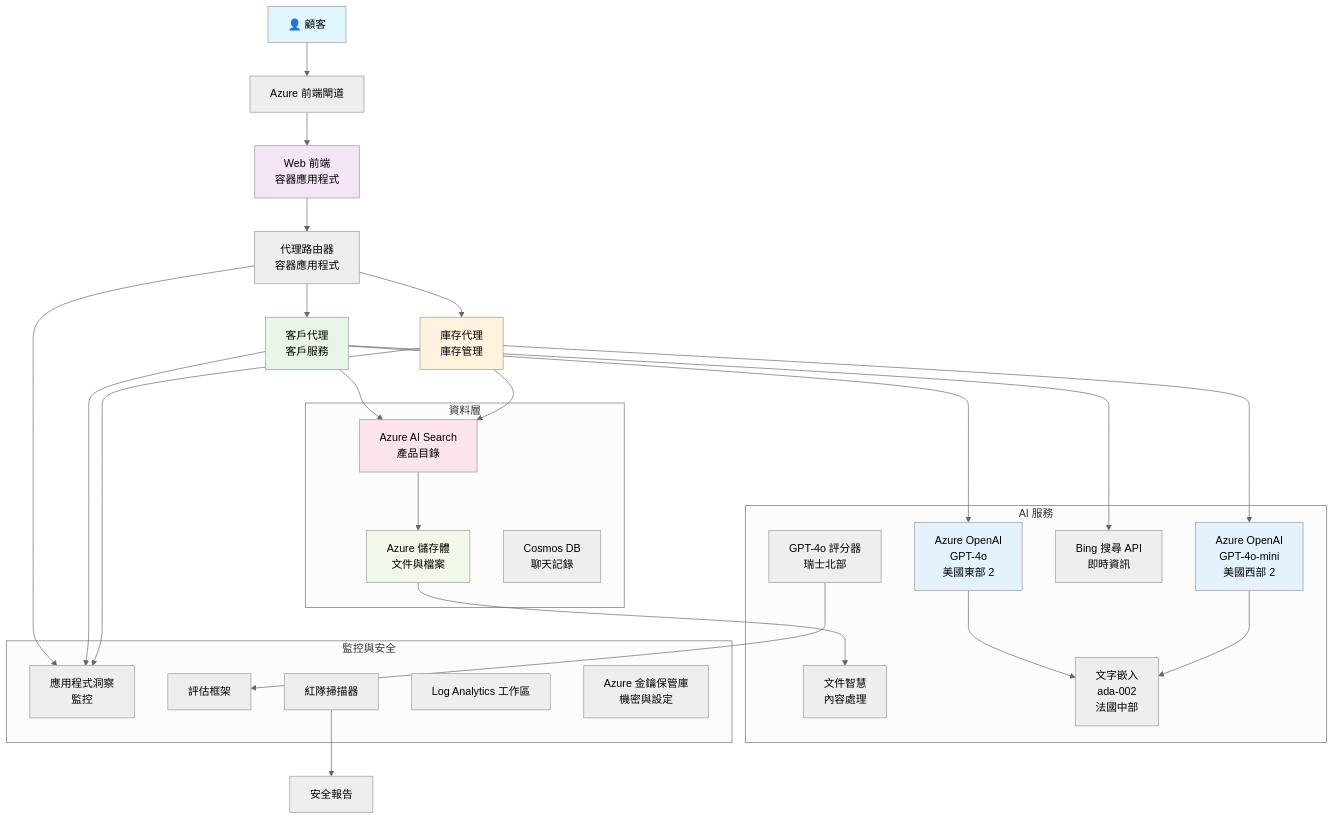
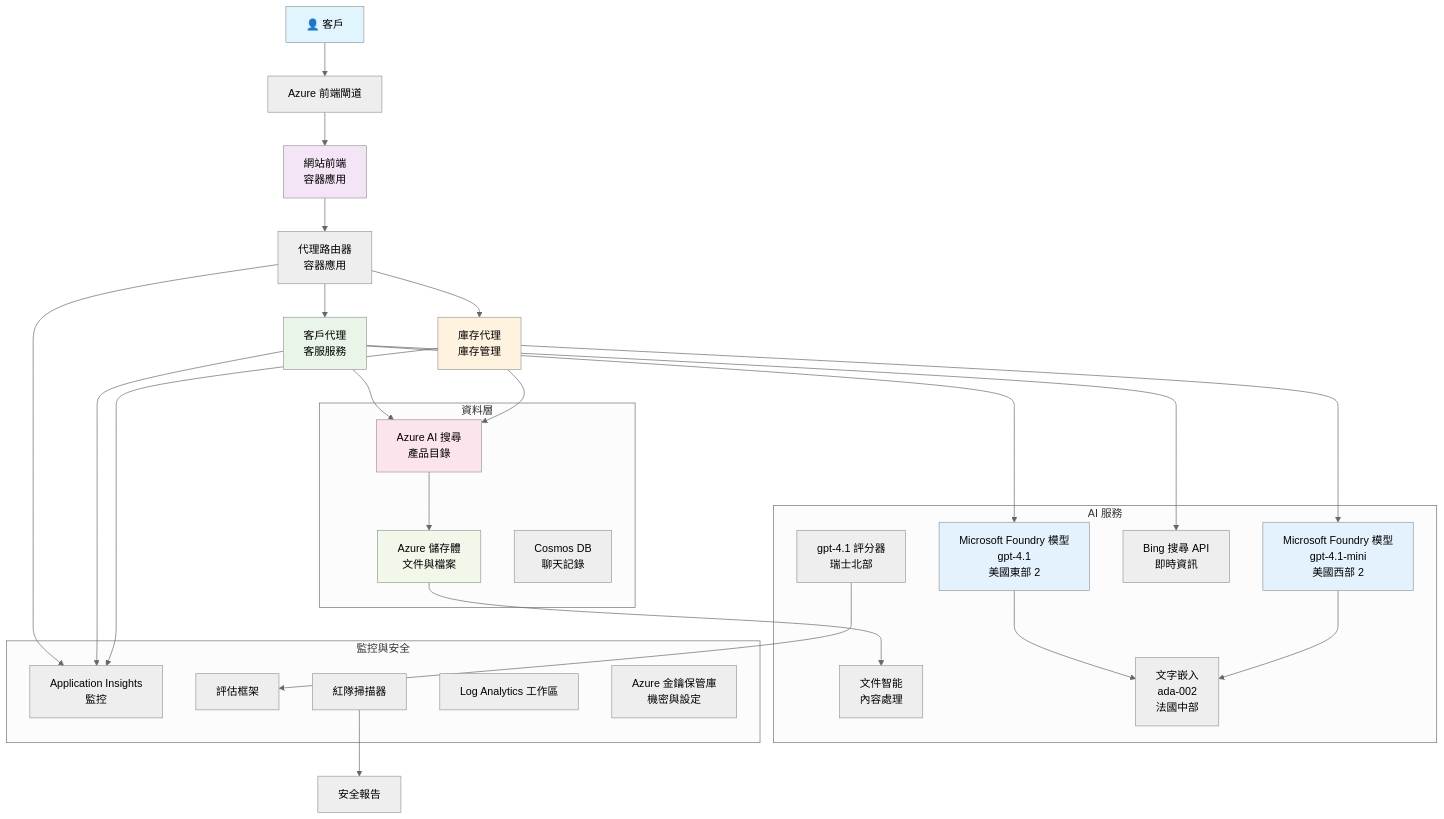
The diagram in translations/zh-TW/examples/retail-scenario.md (microsoft/AZD-for-beginners), drawn with Mermaid (neutral theme) before and after one commit. The commit also changed other lines of this file and 101 other files, not shown here.

````diff
--- a/translations/zh-TW/examples/retail-scenario.md
+++ b/translations/zh-TW/examples/retail-scenario.md
@@ -139,61 +139,61 @@
 ```mermaid
 graph TB
-    User[👤 顧客] --> LB[Azure 前端閘道]
-    LB --> WebApp[Web 前端<br/>容器應用程式]
+    User[👤 客戶] --> LB[Azure 前端閘道]
+    LB --> WebApp[網站前端<br/>容器應用]
     
-    WebApp --> Router[代理路由器<br/>容器應用程式]
-    Router --> CustomerAgent[客戶代理<br/>客戶服務]
+    WebApp --> Router[代理路由器<br/>容器應用]
+    Router --> CustomerAgent[客戶代理<br/>客服服務]
     Router --> InvAgent[庫存代理<br/>庫存管理]
     
-    CustomerAgent --> OpenAI1[Azure OpenAI<br/>GPT-4o<br/>美國東部 2]
-    InvAgent --> OpenAI2[Azure OpenAI<br/>GPT-4o-mini<br/>美國西部 2]
+    CustomerAgent --> OpenAI1[Microsoft Foundry 模型<br/>gpt-4.1<br/>美國東部 2]
+    InvAgent --> OpenAI2[Microsoft Foundry 模型<br/>gpt-4.1-mini<br/>美國西部 2]
     
-    CustomerAgent --> AISearch[Azure AI Search<br/>產品目錄]
+    CustomerAgent --> AISearch[Azure AI 搜尋<br/>產品目錄]
     CustomerAgent --> BingSearch[Bing 搜尋 API<br/>即時資訊]
     InvAgent --> AISearch
     
     AISearch --> Storage[Azure 儲存體<br/>文件與檔案]
-    Storage --> DocIntel[文件智慧<br/>內容處理]
+    Storage --> DocIntel[文件智能<br/>內容處理]
     
     OpenAI1 --> Embeddings[文字嵌入<br/>ada-002<br/>法國中部]
     OpenAI2 --> Embeddings
     
-    Router --> AppInsights[應用程式洞察<br/>監控]
+    Router --> AppInsights[Application Insights<br/>監控]
     CustomerAgent --> AppInsights
     InvAgent --> AppInsights
     
-    GraderModel[GPT-4o 評分器<br/>瑞士北部] --> Evaluation[評估框架]
+    GraderModel[gpt-4.1 評分器<br/>瑞士北部] --> Evaluation[評估框架]
     RedTeam[紅隊掃描器] --> SecurityReports[安全報告]
     
     subgraph "資料層"
         Storage
         AISearch
         CosmosDB[Cosmos DB<br/>聊天記錄]
     end
     
     subgraph "AI 服務"
         OpenAI1
         OpenAI2
         Embeddings
         GraderModel
         DocIntel
         BingSearch
     end
     
     subgraph "監控與安全"
         AppInsights
         LogAnalytics[Log Analytics 工作區]
         KeyVault[Azure 金鑰保管庫<br/>機密與設定]
         RedTeam
         Evaluation
     end
     
     style User fill:#e1f5fe
     style WebApp fill:#f3e5f5
     style CustomerAgent fill:#e8f5e8
     style InvAgent fill:#fff3e0
     style OpenAI1 fill:#e3f2fd
     style OpenAI2 fill:#e3f2fd
     style AISearch fill:#fce4ec
     style Storage fill:#f1f8e9
 ```
````
